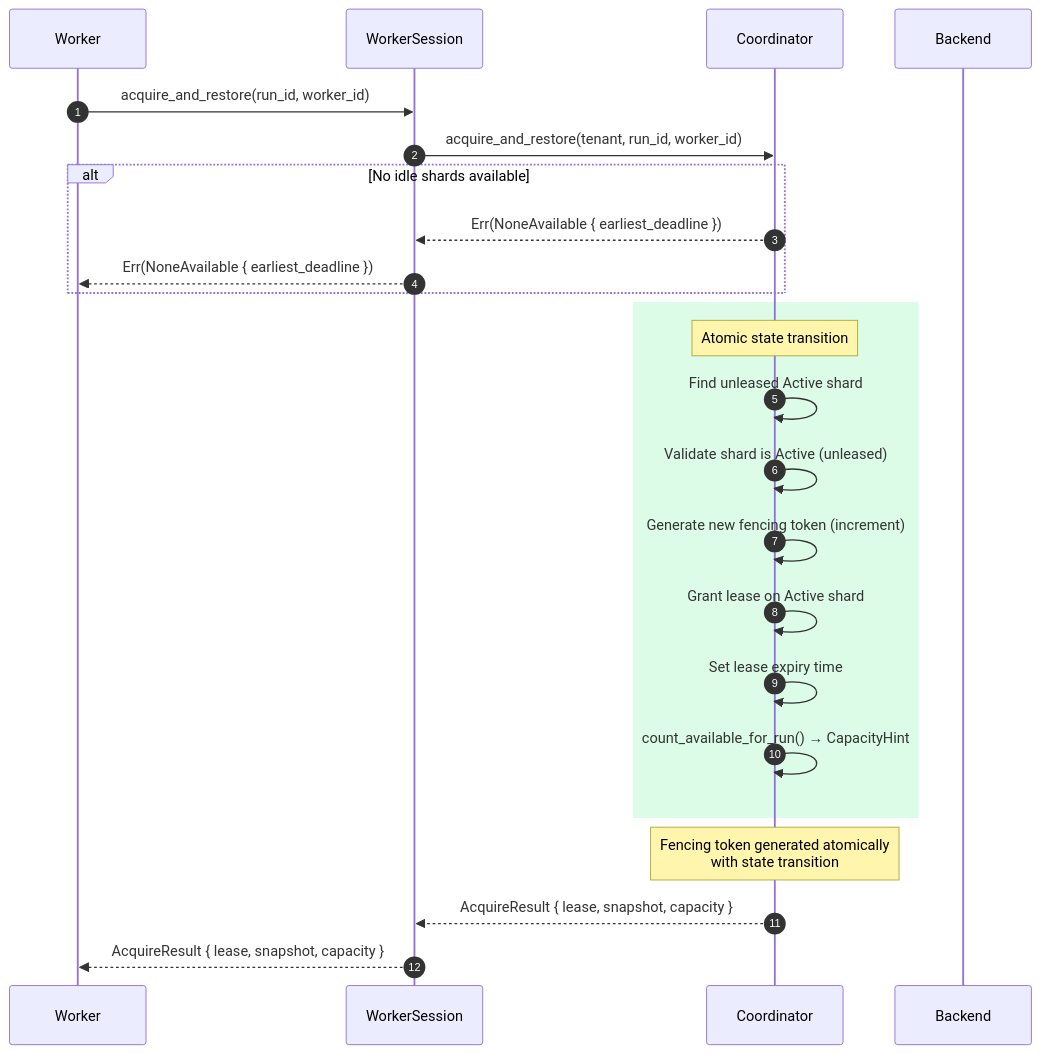
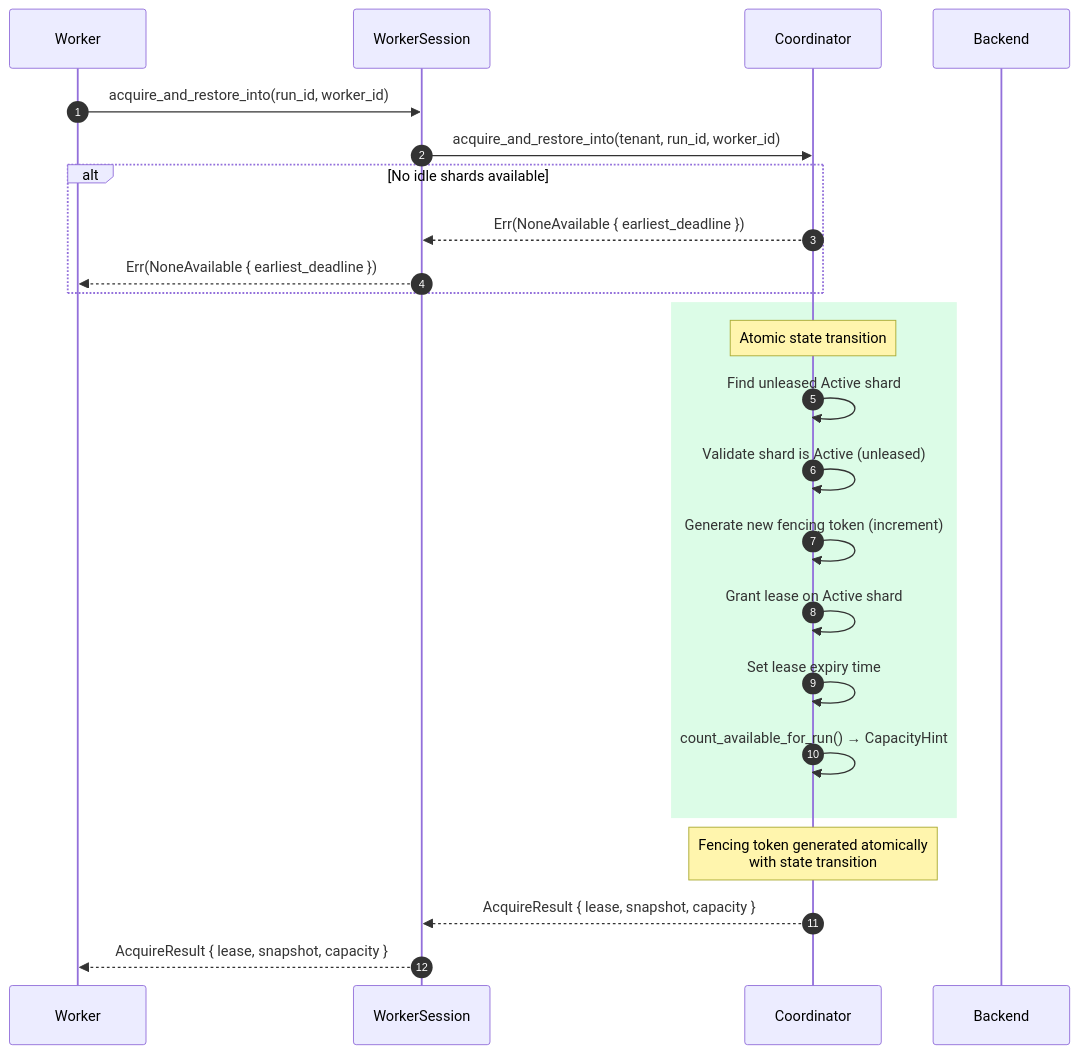
Before and after one commit to ahrav/Gossip-rs: the first of 7 diagrams in diagrams/07-lease-lifecycle.md, drawn with Mermaid. The commit also changed other lines of this file and 9 other files, not shown here.

Commit message:
Reorder diagram reading paths and fix cross-references

````diff
--- a/diagrams/07-lease-lifecycle.md
+++ b/diagrams/07-lease-lifecycle.md
@@ -39,32 +39,32 @@
 ```mermaid
 %% Diagram: lease-acquisition-sequence
 sequenceDiagram
     autonumber
     participant W as Worker
     participant WS as WorkerSession
     participant CO as Coordinator
     participant BE as Backend
 
-    W->>WS: acquire_and_restore(run_id, worker_id)
-    WS->>CO: acquire_and_restore(tenant, run_id, worker_id)
+    W->>WS: acquire_and_restore_into(run_id, worker_id)
+    WS->>CO: acquire_and_restore_into(tenant, run_id, worker_id)
 
     alt No idle shards available
         CO-->>WS: Err(NoneAvailable { earliest_deadline })
         WS-->>W: Err(NoneAvailable { earliest_deadline })
     end
 
     rect rgb(220, 252, 231)
         Note over CO: Atomic state transition
         CO->>CO: Find unleased Active shard
         CO->>CO: Validate shard is Active (unleased)
         CO->>CO: Generate new fencing token (increment)
         CO->>CO: Grant lease on Active shard
         CO->>CO: Set lease expiry time
         CO->>CO: count_available_for_run() → CapacityHint
     end
 
     Note over CO: Fencing token generated atomically<br/>with state transition
 
     CO-->>WS: AcquireResult { lease, snapshot, capacity }
     WS-->>W: AcquireResult { lease, snapshot, capacity }
 ```
````
